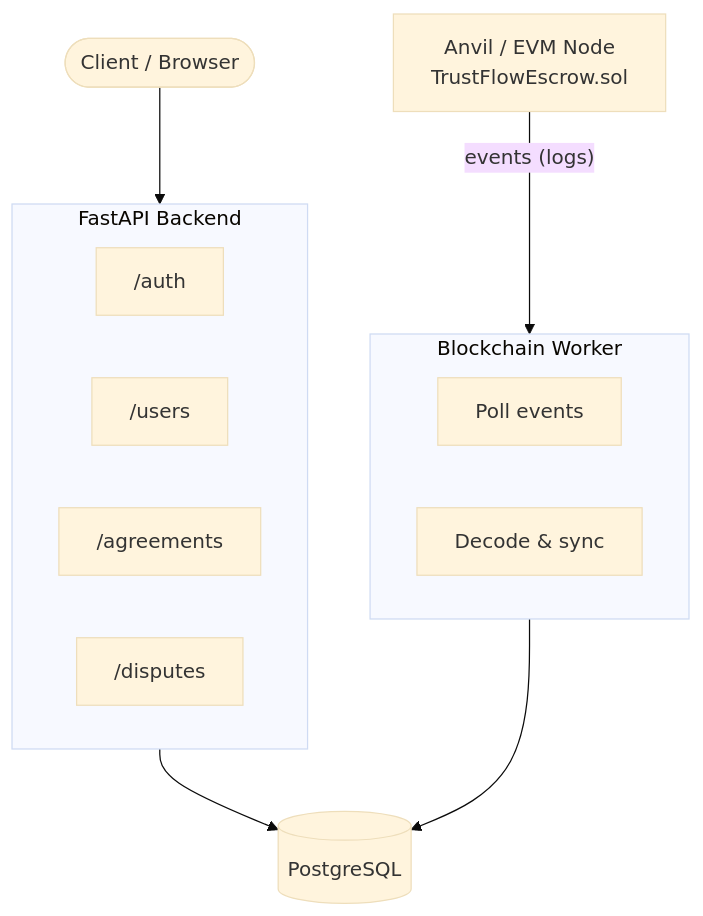
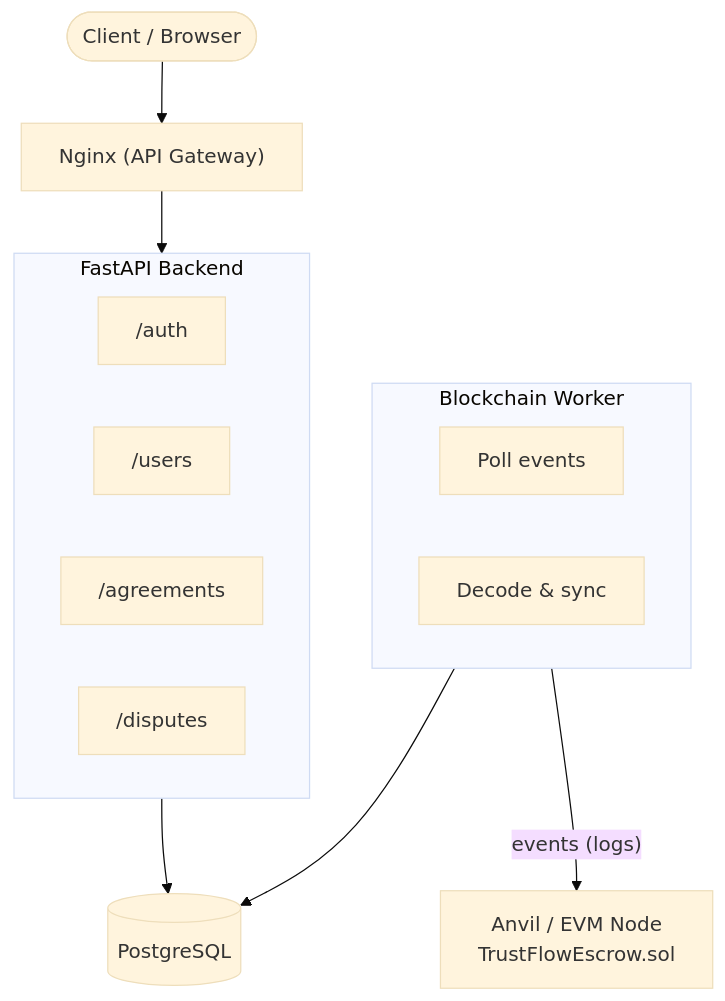
One commit to BernardoDenkvitts/TrustFlow changed the first of 2 diagrams in README.md. Above: the diagram before and after it, drawn with Mermaid (base theme).

````diff
--- a/README.md
+++ b/README.md
@@ -64,25 +64,27 @@
 ```mermaid
 flowchart TD
     CLIENT([Client / Browser])
+    NGINX["Nginx (API Gateway)"]
 
     subgraph api["FastAPI Backend"]
         AUTH["/auth"]
         USERS["/users"]
         AGR["/agreements"]
         DISP["/disputes"]
     end
 
     subgraph worker["Blockchain Worker"]
         POLL["Poll events"]
         DECODE["Decode & sync"]
     end
 
     EVM["Anvil / EVM Node<br/>TrustFlowEscrow.sol"]
     DB[("PostgreSQL")]
 
-    CLIENT --> api
+    CLIENT --> NGINX
+    NGINX --> api
     api --> DB
 
-    EVM -- "events (logs)" --> worker
+    worker -- "events (logs)" --> EVM
     worker --> DB
 ```
````
